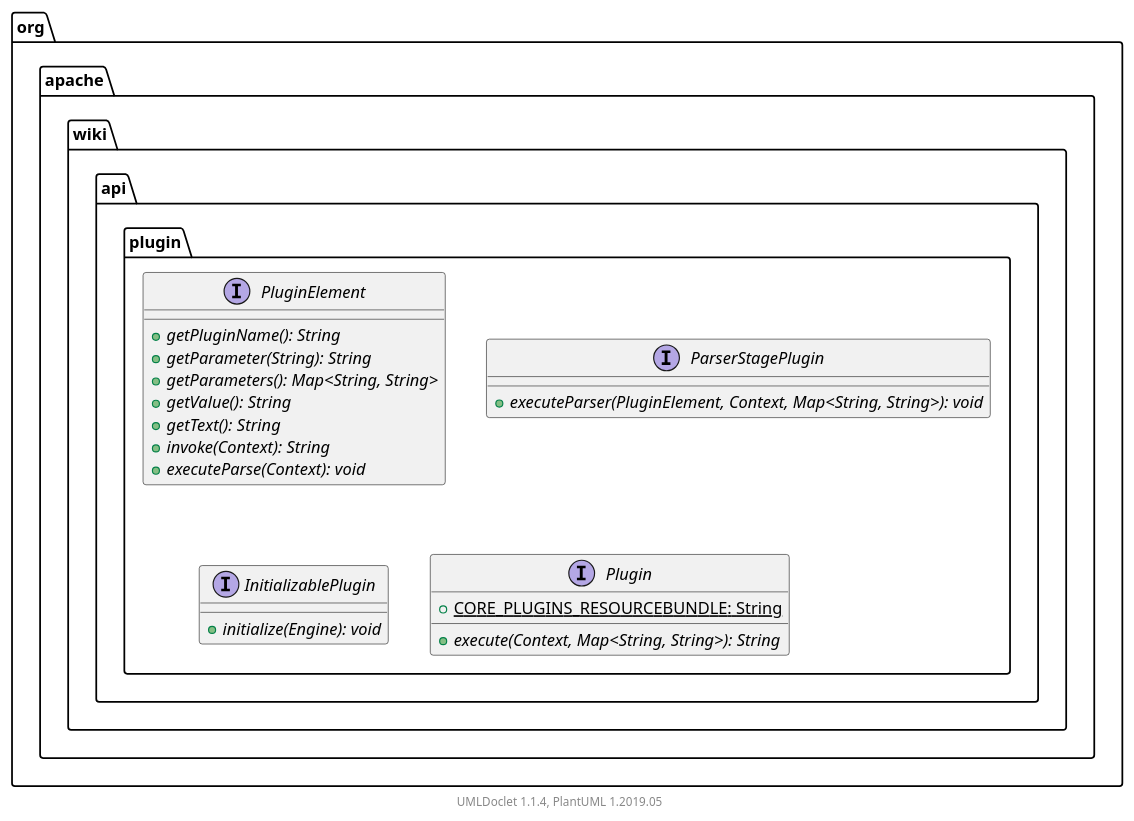
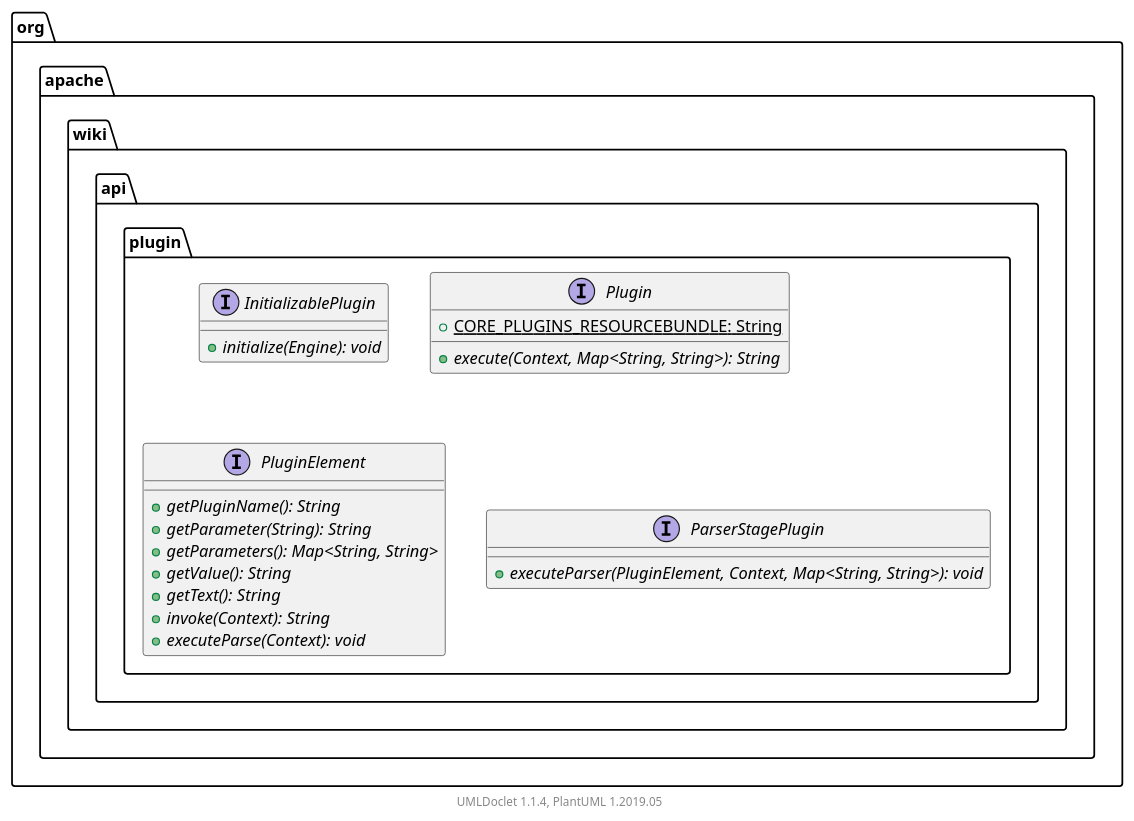
The diagram in apidocs/2.11.0.M7-SNAPSHOT/org/apache/wiki/api/plugin/package.puml (apache/jspwiki-site), drawn with PlantUML before and after one commit. The commit also changed other lines of this file and 1733 other files, not shown here.

```diff
--- a/apidocs/2.11.0.M7-SNAPSHOT/org/apache/wiki/api/plugin/package.puml
+++ b/apidocs/2.11.0.M7-SNAPSHOT/org/apache/wiki/api/plugin/package.puml
@@ -1,32 +1,32 @@
 @startuml
 
     namespace org.apache.wiki.api.plugin {
+
+        interface InitializablePlugin [[InitializablePlugin.html]] {
+            {abstract} +initialize(Engine): void
+        }
+
+        interface Plugin [[Plugin.html]] {
+            {static} +CORE_PLUGINS_RESOURCEBUNDLE: String
+            {abstract} +execute(Context, Map<String, String>): String
+        }
 
         interface PluginElement [[PluginElement.html]] {
             {abstract} +getPluginName(): String
             {abstract} +getParameter(String): String
             {abstract} +getParameters(): Map<String, String>
             {abstract} +getValue(): String
             {abstract} +getText(): String
             {abstract} +invoke(Context): String
             {abstract} +executeParse(Context): void
         }
 
         interface ParserStagePlugin [[ParserStagePlugin.html]] {
             {abstract} +executeParser(PluginElement, Context, Map<String, String>): void
         }
 
-        interface InitializablePlugin [[InitializablePlugin.html]] {
-            {abstract} +initialize(Engine): void
-        }
-
-        interface Plugin [[Plugin.html]] {
-            {static} +CORE_PLUGINS_RESOURCEBUNDLE: String
-            {abstract} +execute(Context, Map<String, String>): String
-        }
-
     }
 
 
     center footer UMLDoclet 1.1.4, PlantUML 1.2019.05
 @enduml
```
